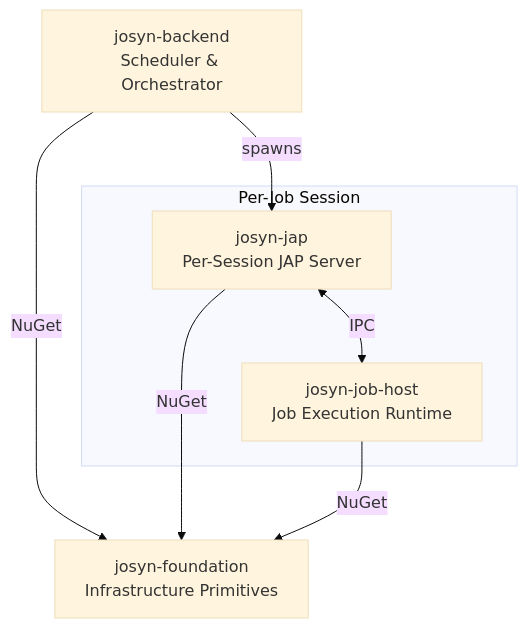
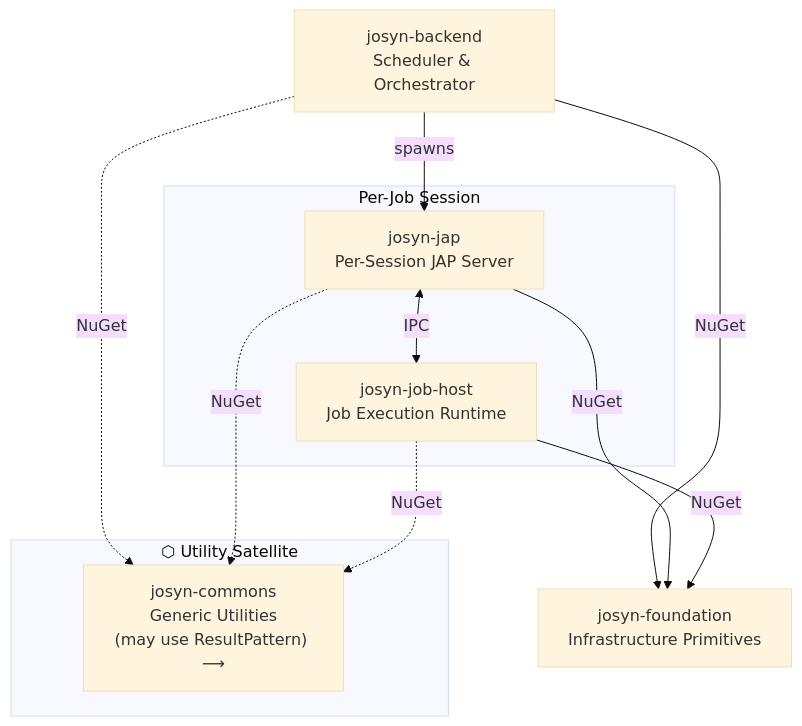
Before and after one commit to ckluth/josyn-platform: the diagram in README.md, drawn with Mermaid (base theme). The commit also changed other lines of this file and 4 other files, not shown here.

First line of the commit message:
feat: introduce josyn-commons as utility satellite

````diff
--- a/README.md
+++ b/README.md
@@ -50,17 +52,24 @@
 ```mermaid
 graph TD
     B["josyn-backend<br/>Scheduler & Orchestrator"]
 
     subgraph session["Per-Job Session"]
         J["josyn-jap<br/>Per-Session JAP Server"]
         H["josyn-job-host<br/>Job Execution Runtime"]
     end
 
     F["josyn-foundation<br/>Infrastructure Primitives"]
 
+    subgraph satellite["⬡ Utility Satellite"]
+        C["josyn-commons<br/>Generic Utilities<br/>(may use ResultPattern) ⟶"]
+    end
+
     B -->|spawns| J
     J <-->|IPC| H
     B -->|NuGet| F
     J -->|NuGet| F
     H -->|NuGet| F
+    B -.->|NuGet| C
+    J -.->|NuGet| C
+    H -.->|NuGet| C
 ```
````
